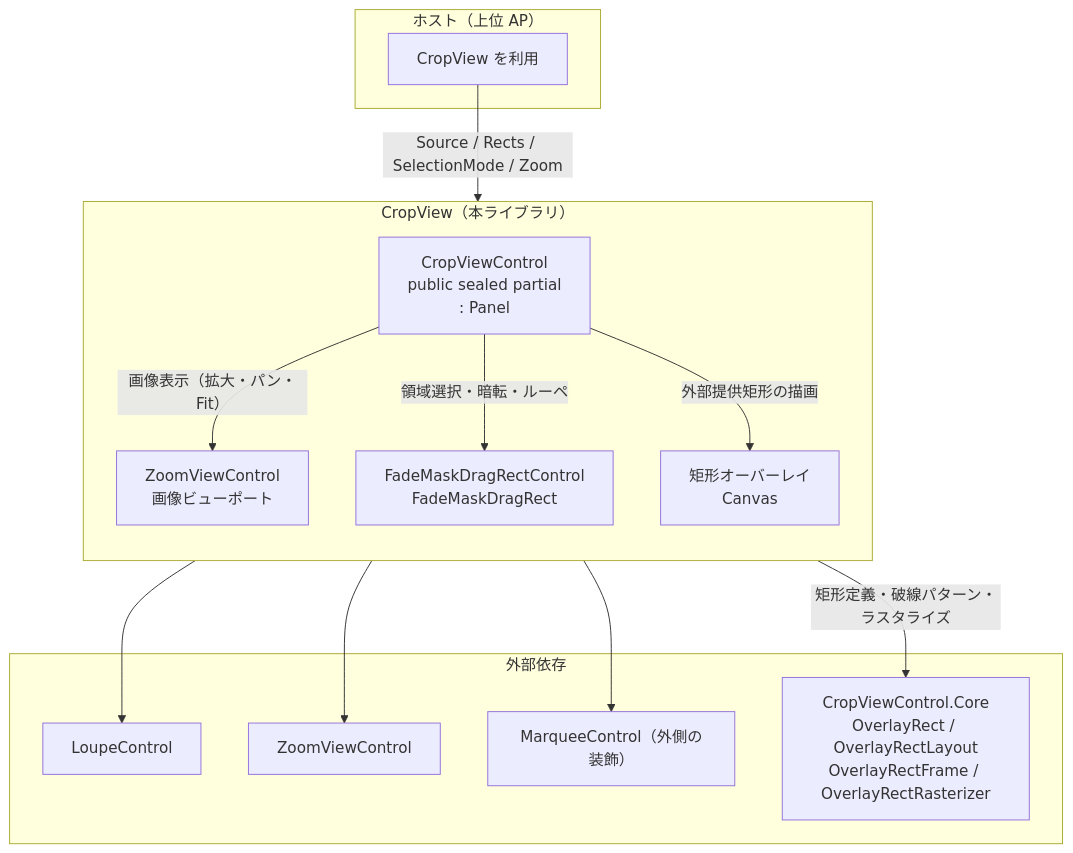
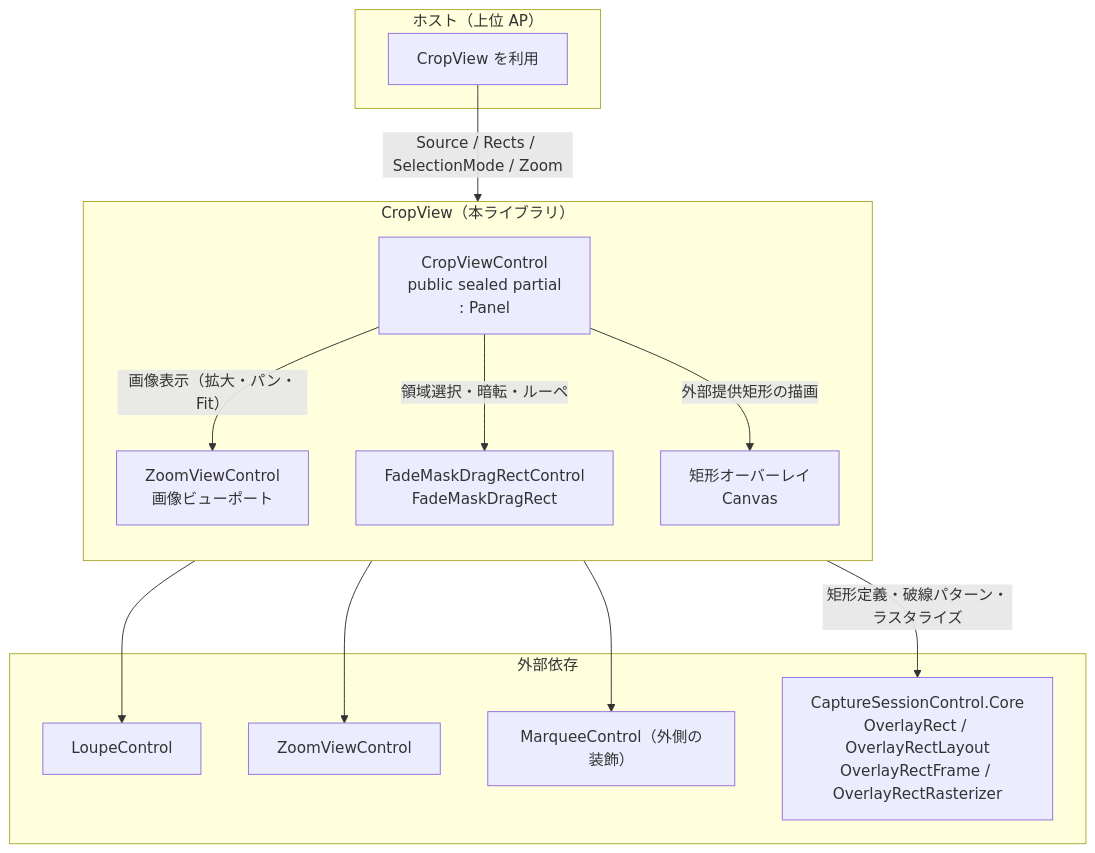
One commit to tomokuni/SaveEvidence changed the diagram in src/CropViewControl.AvaloniaUI/SPEC_System.md. Above: the diagram before and after it, drawn with Mermaid. The commit also changed other lines of this file and 19 other files, not shown here.

````diff
--- a/src/CropViewControl.AvaloniaUI/SPEC_System.md
+++ b/src/CropViewControl.AvaloniaUI/SPEC_System.md
@@ -36,30 +36,30 @@
 ```mermaid
 flowchart TB
     subgraph Host["ホスト（上位 AP）"]
         H["CropView を利用"]
     end
 
     subgraph CV["CropView（本ライブラリ）"]
         direction TB
         Ctl["CropViewControl<br/>public sealed partial<br/>: Panel"]
         ZV["ZoomViewControl<br/>画像ビューポート"]
         FM["FadeMaskDragRectControl<br/>FadeMaskDragRect"]
         RO["矩形オーバーレイ<br/>Canvas"]
     end
 
     subgraph Dep["外部依存"]
         Loupe["LoupeControl"]
         Zoom["ZoomViewControl"]
         DR["MarqueeControl（外側の装飾）"]
-        Core["CropViewControl.Core<br/>OverlayRect / OverlayRectLayout<br/>OverlayRectFrame / OverlayRectRasterizer"]
+        Core["CaptureSessionControl.Core<br/>OverlayRect / OverlayRectLayout<br/>OverlayRectFrame / OverlayRectRasterizer"]
     end
 
     H -->|"Source / Rects / SelectionMode / Zoom"| Ctl
     Ctl -->|"画像表示（拡大・パン・Fit）"| ZV
     Ctl -->|"領域選択・暗転・ルーペ"| FM
     Ctl -->|"外部提供矩形の描画"| RO
     Ctl -->|"矩形定義・破線パターン・ラスタライズ"| Core
     FM --> Loupe
     ZV --> Zoom
     FM --> DR
 ```
````
